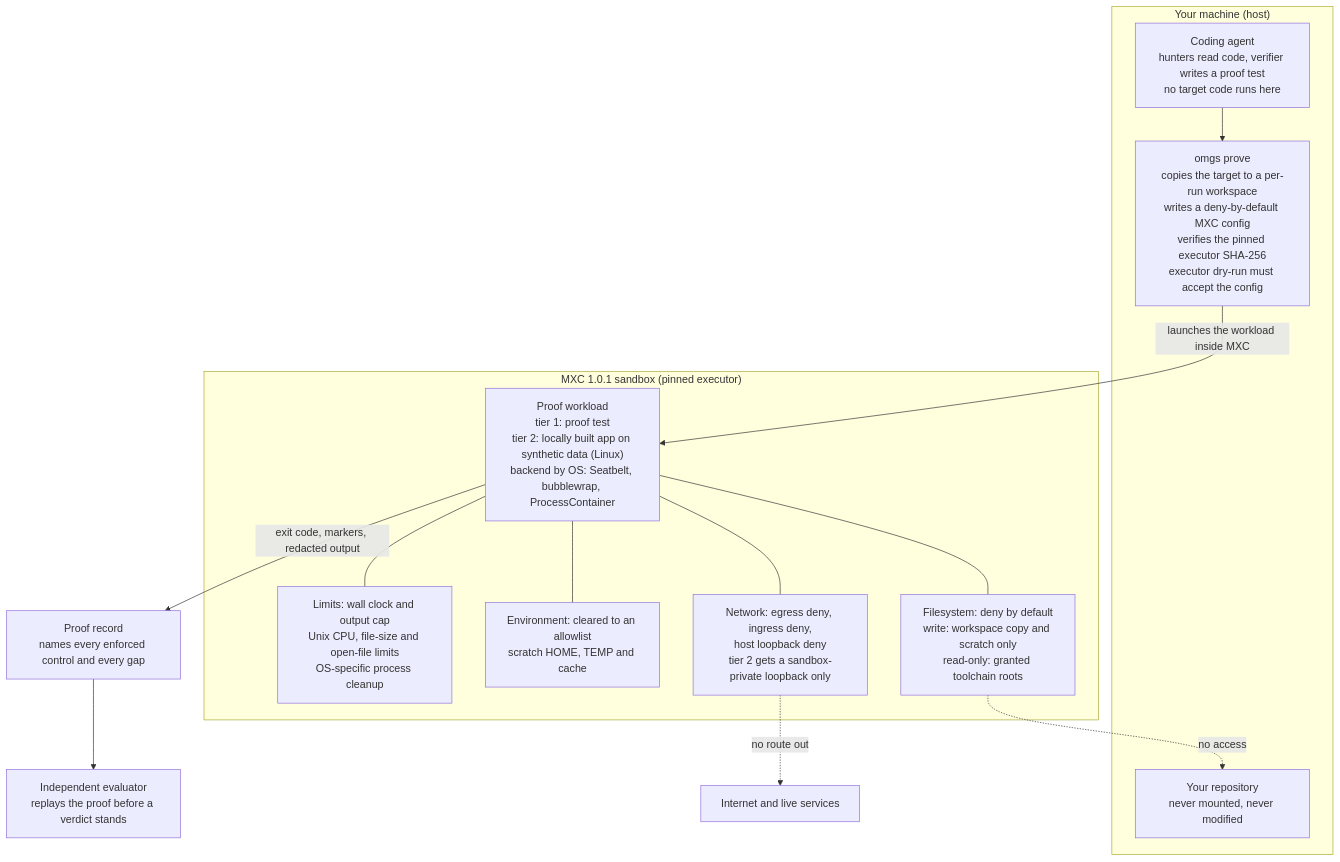
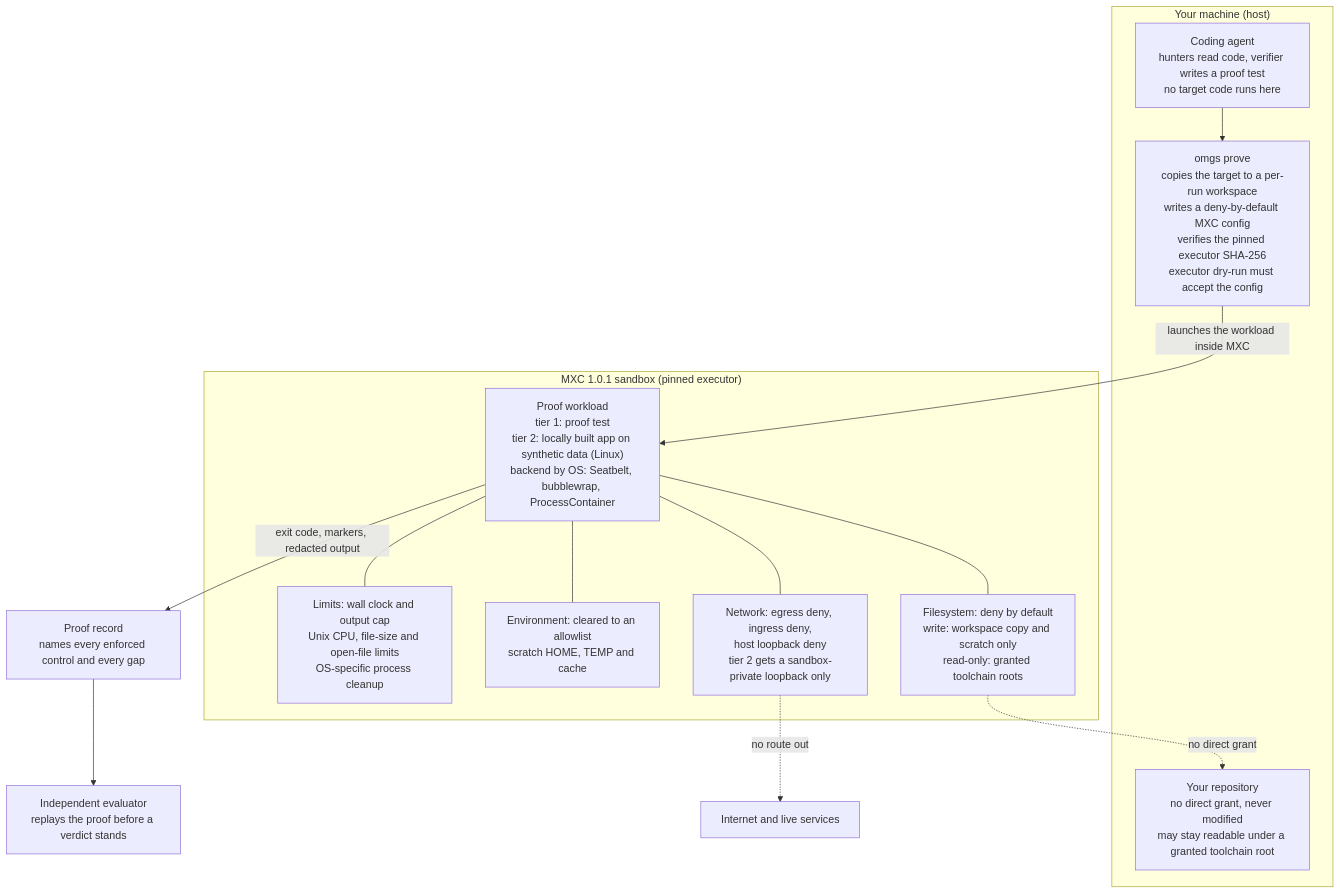
The diagram in README.md (OpenAdminOS/oh-my-god-security), drawn with Mermaid before and after one commit. The commit also changed other lines of this file, not shown here.

Commit message:
Qualify sandbox diagram isolation claims

````diff
--- a/README.md
+++ b/README.md
@@ -84,27 +85,27 @@
 ```mermaid
 flowchart TB
     subgraph Host["Your machine (host)"]
         Agent["Coding agent<br/>hunters read code, verifier writes a proof test<br/>no target code runs here"]
         CLI["omgs prove<br/>copies the target to a per-run workspace<br/>writes a deny-by-default MXC config<br/>verifies the pinned executor SHA-256<br/>executor dry-run must accept the config"]
-        Repo["Your repository<br/>never mounted, never modified"]
+        Repo["Your repository<br/>no direct grant, never modified<br/>may stay readable under a granted toolchain root"]
         Agent --> CLI
     end
 
     subgraph Sandbox["MXC 1.0.1 sandbox (pinned executor)"]
         Work["Proof workload<br/>tier 1: proof test<br/>tier 2: locally built app on synthetic data (Linux)<br/>backend by OS: Seatbelt, bubblewrap, ProcessContainer"]
         FS["Filesystem: deny by default<br/>write: workspace copy and scratch only<br/>read-only: granted toolchain roots"]
         Net["Network: egress deny, ingress deny,<br/>host loopback deny<br/>tier 2 gets a sandbox-private loopback only"]
         Env["Environment: cleared to an allowlist<br/>scratch HOME, TEMP and cache"]
         Lim["Limits: wall clock and output cap<br/>Unix CPU, file-size and open-file limits<br/>OS-specific process cleanup"]
         Work --- FS
         Work --- Net
         Work --- Env
         Work --- Lim
     end
 
     CLI -->|"launches the workload inside MXC"| Work
     Work -->|"exit code, markers, redacted output"| Record["Proof record<br/>names every enforced control and every gap"]
     Record --> Replay["Independent evaluator<br/>replays the proof before a verdict stands"]
     Net -. "no route out" .-> Internet["Internet and live services"]
-    FS -. "no access" .-> Repo
+    FS -. "no direct grant" .-> Repo
 ```
````
